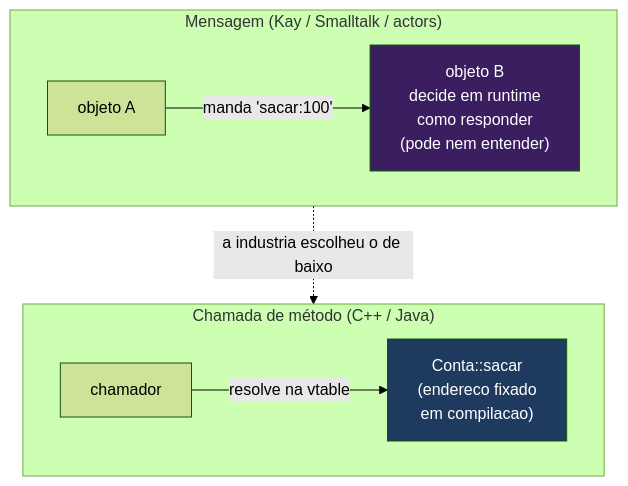
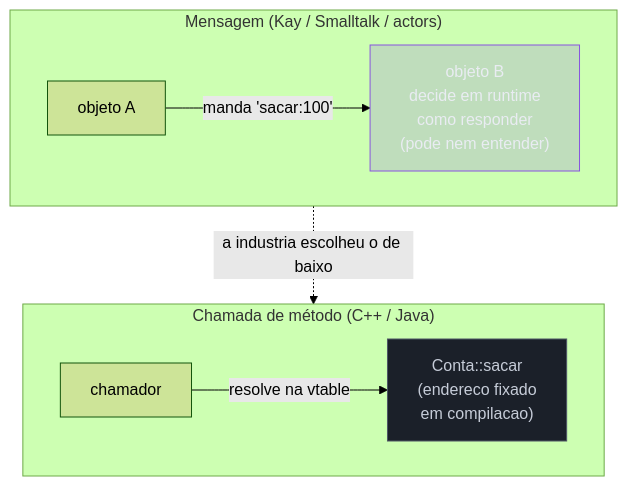
The fourth of 6 diagrams in 03-Dominios/Ciência/Paradigmas/03 - O paradigma orientado a objetos.md (josenaldo/codex-technomanticus), drawn with Mermaid (forest theme) before and after one commit. The commit also changed other lines of this file and 1181 other files, not shown here.

First line of the commit message:
fix(diagramas): paleta do sistema no lugar de cor cravada no markdown

````diff
--- a/03-Dominios/Ciência/Paradigmas/03 - O paradigma orientado a objetos.md
+++ b/03-Dominios/Ciência/Paradigmas/03 - O paradigma orientado a objetos.md
@@ -139,14 +144,16 @@
 ```mermaid
 flowchart TB
+    classDef marca fill:#8855DF33,stroke:#8855DF,color:#E9ECF2
+    classDef neutro fill:#1B2029,stroke:#4E5666,color:#C6CCD8
     subgraph MSG["Mensagem (Kay / Smalltalk / actors)"]
         direction LR
         S1["objeto A"] -->|"manda 'sacar:100'"| S2["objeto B<br/>decide em runtime<br/>como responder<br/>(pode nem entender)"]
     end
     subgraph CALL["Chamada de método (C++ / Java)"]
         direction LR
         C1["chamador"] -->|"resolve na vtable"| C2["Conta::sacar<br/>(endereco fixado<br/>em compilacao)"]
     end
     MSG -.->|"a industria escolheu o de baixo"| CALL
-    style S2 fill:#3a1e5f,color:#fff
-    style C2 fill:#1e3a5f,color:#fff
+    class S2 marca
+    class C2 neutro
 ```
````
